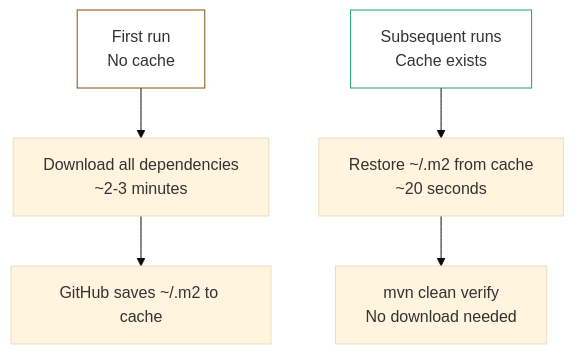
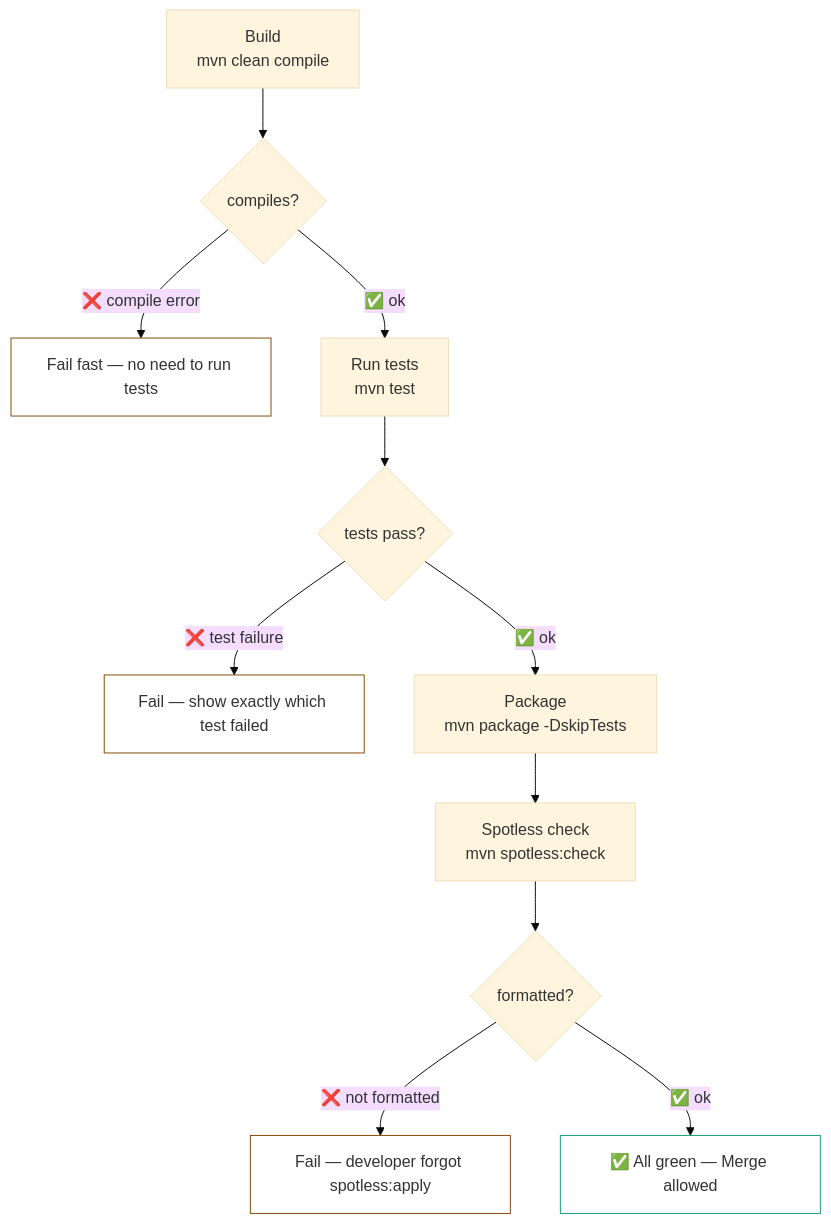
The second of 4 diagrams in docs/ci-cd/github-ci.md (MaksymChalyi/Verdora-backend), drawn with Mermaid (base theme) before and after one commit. The commit also changed other lines of this file and 1 other file, not shown here.

````diff
--- a/docs/ci-cd/github-ci.md
+++ b/docs/ci-cd/github-ci.md
@@ -218,11 +142,18 @@
 ```mermaid
 flowchart TD
-    A["First run\nNo cache"] --> B["Download all dependencies\n~2-3 minutes"]
-    B --> C["GitHub saves ~/.m2 to cache"]
+    A["Build\nmvn clean compile"] --> B{"compiles?"}
+    B -->|"❌ compile error"| F["Fail fast — no need to run tests"]
+    B -->|"✅ ok"| C["Run tests\nmvn test"]
+    C --> D{"tests pass?"}
+    D -->|"❌ test failure"| G["Fail — show exactly which test failed"]
+    D -->|"✅ ok"| E["Package\nmvn package -DskipTests"]
+    E --> H["Spotless check\nmvn spotless:check"]
+    H --> I{"formatted?"}
+    I -->|"❌ not formatted"| J["Fail — developer forgot spotless:apply"]
+    I -->|"✅ ok"| K["✅ All green — Merge allowed"]
 
-    D["Subsequent runs\nCache exists"] --> E["Restore ~/.m2 from cache\n~20 seconds"]
-    E --> F["mvn clean verify\nNo download needed"]
-
-    style A fill:none,stroke:#854F0B,stroke-width:1px
-    style D fill:none,stroke:#1D9E75,stroke-width:1px
+    style F fill:none,stroke:#854F0B,stroke-width:1px
+    style G fill:none,stroke:#854F0B,stroke-width:1px
+    style J fill:none,stroke:#854F0B,stroke-width:1px
+    style K fill:none,stroke:#1D9E75,stroke-width:1px
 ```
````
